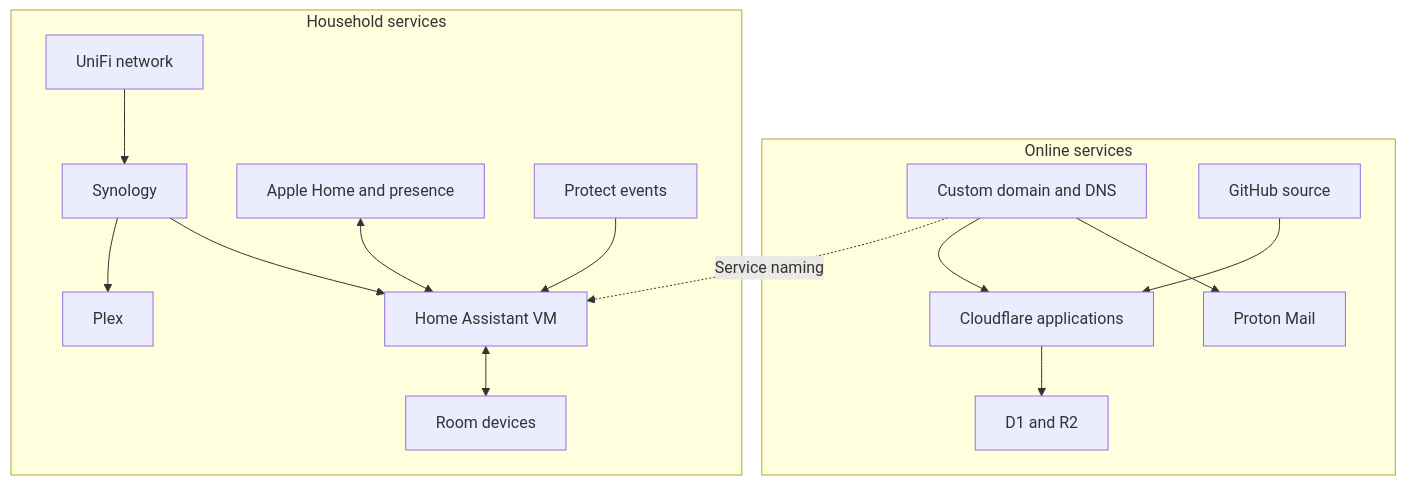
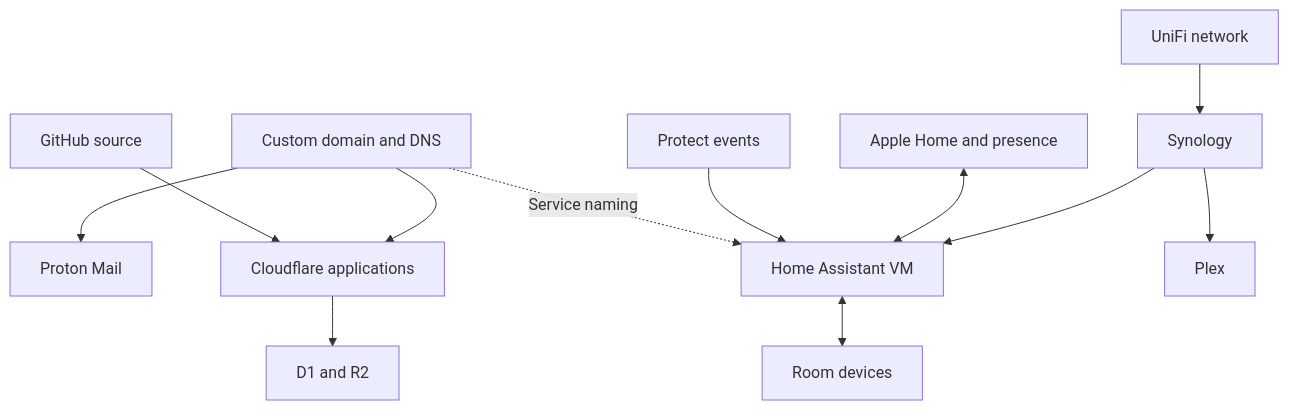
Before and after one commit to rncole/home-tech-guide: the diagram in README.md, drawn with Mermaid.

Commit message:
Simplify overview diagram layout for GitHub Mermaid rendering

````diff
--- a/README.md
+++ b/README.md
@@ -11,18 +11,14 @@
 ```mermaid
 flowchart TD
-  subgraph Online["Online services"]
-    DNS["Custom domain and DNS"] --> Mail["Proton Mail"]
-    DNS --> Apps["Cloudflare applications"]
-    Git["GitHub source"] --> Apps
-    Apps --> Data["D1 and R2"]
-  end
-  subgraph Household["Household services"]
-    Network["UniFi network"] --> NAS["Synology"]
-    NAS --> HA["Home Assistant VM"]
-    NAS --> Plex["Plex"]
-    Apple["Apple Home and presence"] <--> HA
-    Protect["Protect events"] --> HA
-    HA <--> Devices["Room devices"]
-  end
+  DNS["Custom domain and DNS"] --> Mail["Proton Mail"]
+  DNS --> Apps["Cloudflare applications"]
+  Git["GitHub source"] --> Apps
+  Apps --> Data["D1 and R2"]
+  Network["UniFi network"] --> NAS["Synology"]
+  NAS --> HA["Home Assistant VM"]
+  NAS --> Plex["Plex"]
+  Apple["Apple Home and presence"] <--> HA
+  Protect["Protect events"] --> HA
+  HA <--> Devices["Room devices"]
   DNS -. "Service naming" .-> HA
 ```
````
